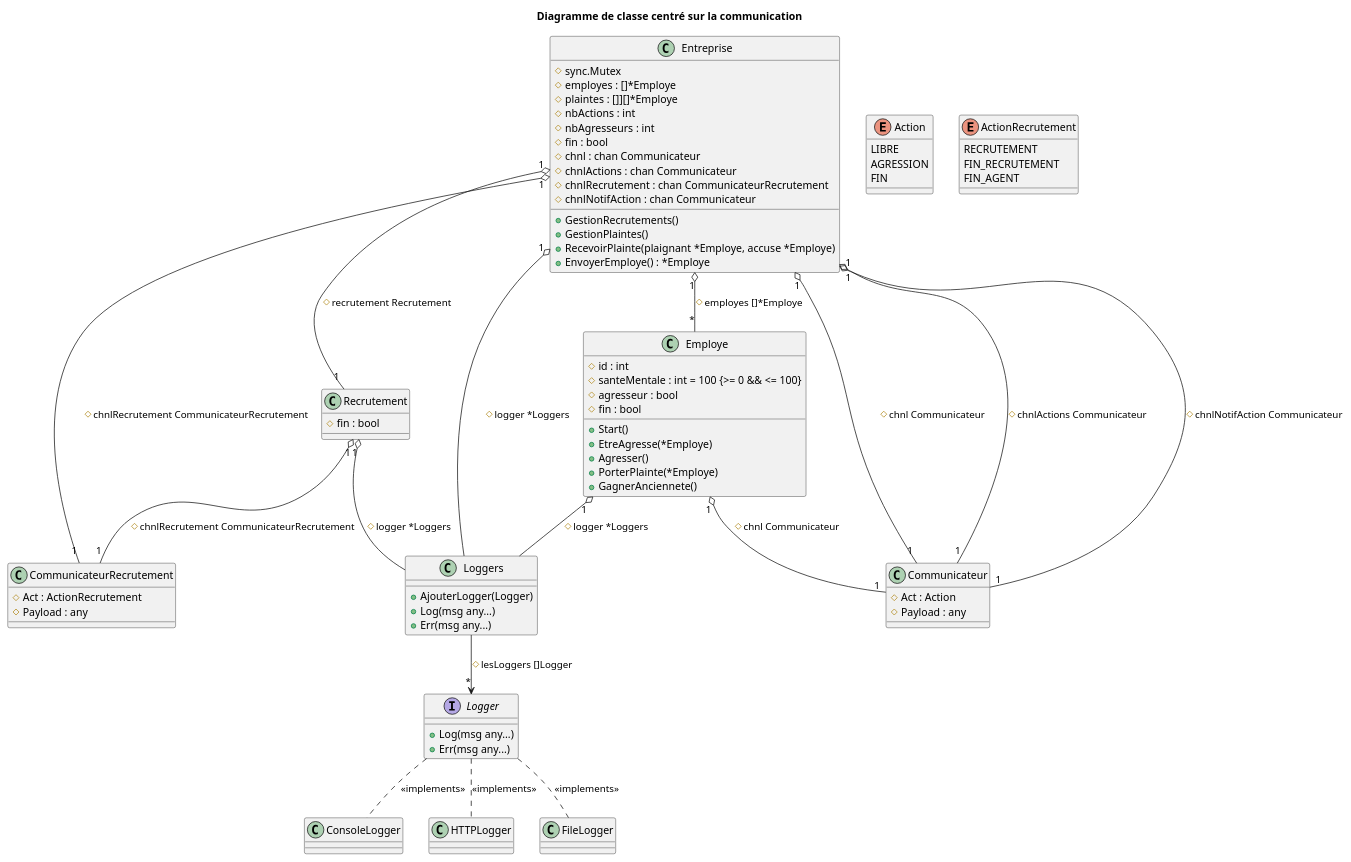
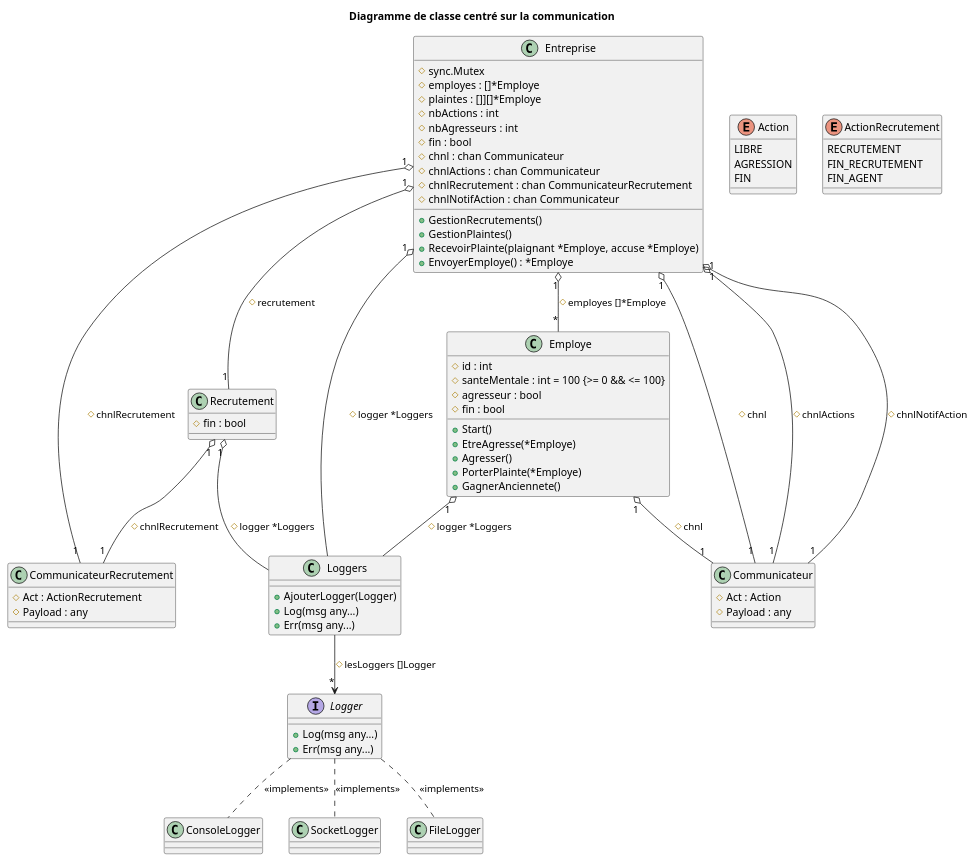
One commit to MiguelLaura/Recrutement_Inclusif_Paritaire changed the diagram in diagrammes/class_Channels.iuml. Above: the diagram before and after it, drawn with PlantUML.

Commit message:
minis modifs nathan

```diff
--- a/diagrammes/class_Channels.iuml
+++ b/diagrammes/class_Channels.iuml
@@ -1,106 +1,106 @@
 @startuml Diagramme de classe centré sur la communication
 
 '-----------------
 ' Parametrage
 
 title Diagramme de classe centré sur la communication
 
 '-----------------
 ' Classes
 
 class Entreprise {
     # sync.Mutex
 	# employes : []*Employe
 	# plaintes : []][]*Employe
 	# nbActions : int
 	# nbAgresseurs : int
 	# fin : bool
 	# chnl : chan Communicateur
 	# chnlActions : chan Communicateur
 	# chnlRecrutement : chan CommunicateurRecrutement
 	# chnlNotifAction : chan Communicateur
 
     + GestionRecrutements() 
     + GestionPlaintes()
     + RecevoirPlainte(plaignant *Employe, accuse *Employe)
     + EnvoyerEmploye() : *Employe
 }
 
 class Recrutement {
 	# fin : bool
 }
 
 class Employe {
 	# id : int
 	# santeMentale : int = 100 {>= 0 && <= 100}
 	# agresseur : bool
 	# fin : bool
 
     + Start()
     + EtreAgresse(*Employe)
     + Agresser()
     + PorterPlainte(*Employe)
     + GagnerAnciennete()
 }
 
 class Communicateur {
 	# Act : Action
     # Payload : any
 }
 
 class CommunicateurRecrutement {
 	# Act : ActionRecrutement
     # Payload : any
 }
 
 interface Logger {
     + Log(msg any...)
     + Err(msg any...)
 }
 
 class Loggers {
     + AjouterLogger(Logger)
     + Log(msg any...)
     + Err(msg any...)
 }
 
 
 '-----------------
 ' Enumerations
 
 enum Action {
 	LIBRE
 	AGRESSION
 	FIN
 }
 
 enum ActionRecrutement {
 	RECRUTEMENT
 	FIN_RECRUTEMENT
 	FIN_AGENT
 }
 
 '-----------------
 ' Relations
 
 Entreprise "1" o-- "*" Employe : # employes []*Employe
-Entreprise "1" o-- "1" Recrutement : # recrutement Recrutement
+Entreprise "1" o-- "1" Recrutement : # recrutement
 
 Entreprise "1" o-- Loggers : # logger *Loggers
 Employe "1" o-- Loggers : # logger *Loggers
 Recrutement "1" o-- Loggers : # logger *Loggers
 
-Entreprise "1" o-- "1" Communicateur : # chnl Communicateur
-Entreprise "1" o-- "1" Communicateur : # chnlActions Communicateur
-Entreprise "1" o-- "1" CommunicateurRecrutement : # chnlRecrutement CommunicateurRecrutement
-Entreprise "1" o-- "1" Communicateur : # chnlNotifAction Communicateur
+Entreprise "1" o-- "1" Communicateur : # chnl
+Entreprise "1" o-- "1" Communicateur : # chnlActions
+Entreprise "1" o-- "1" CommunicateurRecrutement : # chnlRecrutement
+Entreprise "1" o-- "1" Communicateur : # chnlNotifAction
 
-Recrutement "1" o-- "1" CommunicateurRecrutement : # chnlRecrutement CommunicateurRecrutement
-Employe "1" o-- "1" Communicateur : # chnl Communicateur
+Recrutement "1" o-- "1" CommunicateurRecrutement : # chnlRecrutement
+Employe "1" o-- "1" Communicateur : # chnl
 
 Loggers --> "*" Logger : # lesLoggers []Logger
 
 Logger .. ConsoleLogger : <<implements>>
-Logger .. HTTPLogger : <<implements>>
+Logger .. SocketLogger : <<implements>>
 Logger .. FileLogger : <<implements>>
 @enduml
```
